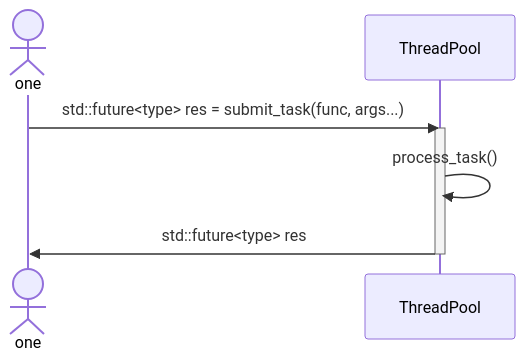
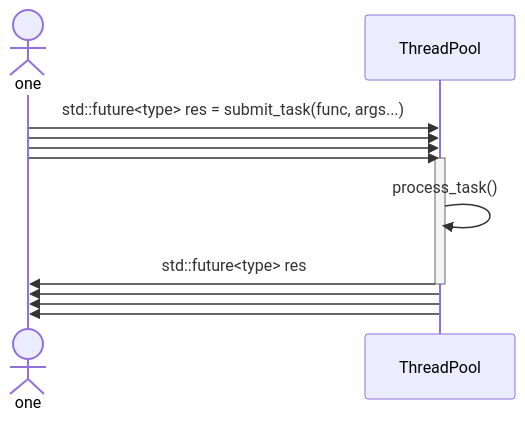
Before and after one commit to WenXingming/ThreadPool: the diagram in README.md, drawn with Mermaid.

````diff
--- a/README.md
+++ b/README.md
@@ -3,23 +3,30 @@
 ```mermaid
 
 %%{init: {
     "theme": "default",
     "themeVariables": {
         "fontFamily": "Times New Roman",
         "fontSize": "20px"
     }
 }}%%
 
 sequenceDiagram
     
     actor one
     participant ThreadPool
 
     one ->> ThreadPool: std::future<type> res = submit_task(func, args...)
+    one ->> ThreadPool:
+    one ->> ThreadPool:
+    one ->> ThreadPool:
 
     activate ThreadPool
     ThreadPool->>ThreadPool: process_task()
     ThreadPool ->> one: std::future<type> res
     deactivate ThreadPool
 
+    ThreadPool ->> one:
+    ThreadPool ->> one:
+    ThreadPool ->> one:
+
 ```
````
